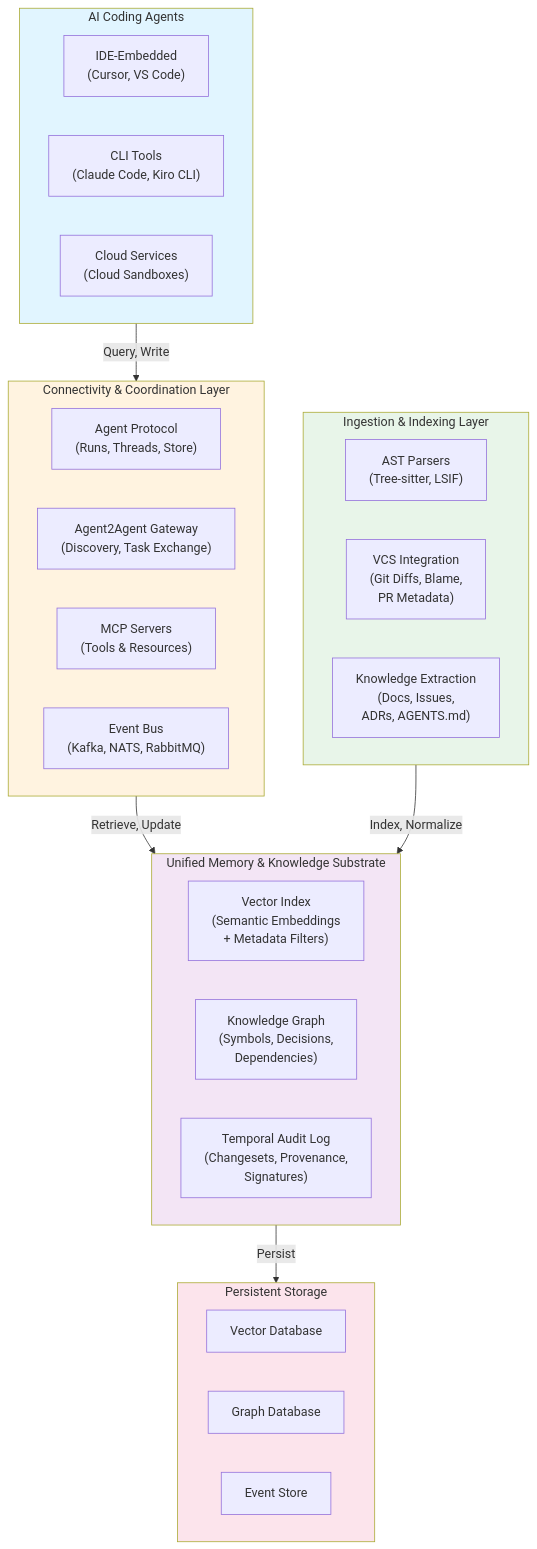
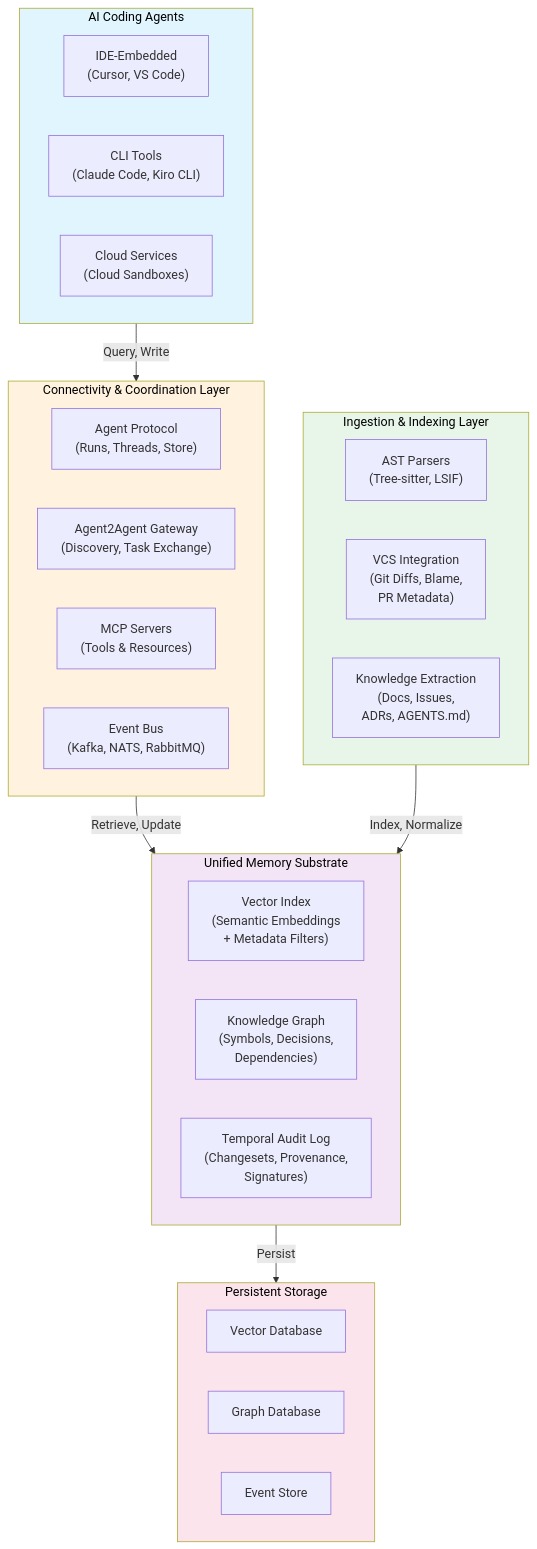
One commit to Chillbruhhh/Agentic-Coding-Memory changed the first of 7 diagrams in Unified_Agentic_Memory_White_Paper-Detail.md. Above: the diagram before and after it, drawn with Mermaid. The commit also changed other lines of this file, not shown here.

Commit message:
Remove roadmap times and fix Mermaid diagrams

````diff
--- a/Unified_Agentic_Memory_White_Paper-Detail.md
+++ b/Unified_Agentic_Memory_White_Paper-Detail.md
@@ -53,44 +53,44 @@
 ```mermaid
 graph TB
     subgraph Agents["AI Coding Agents"]
         A1["IDE-Embedded<br/>(Cursor, VS Code)"]
         A2["CLI Tools<br/>(Claude Code, Kiro CLI)"]
         A3["Cloud Services<br/>(Cloud Sandboxes)"]
     end
     
     subgraph Connect["Connectivity & Coordination Layer"]
         AP["Agent Protocol<br/>(Runs, Threads, Store)"]
         A2A["Agent2Agent Gateway<br/>(Discovery, Task Exchange)"]
         MCP["MCP Servers<br/>(Tools & Resources)"]
         BUS["Event Bus<br/>(Kafka, NATS, RabbitMQ)"]
     end
     
-    subgraph Mem["Unified Memory & Knowledge Substrate"]
+    subgraph Mem["Unified Memory Substrate"]
         VEC["Vector Index<br/>(Semantic Embeddings<br/>+ Metadata Filters)"]
         GRA["Knowledge Graph<br/>(Symbols, Decisions,<br/>Dependencies)"]
         AUD["Temporal Audit Log<br/>(Changesets, Provenance,<br/>Signatures)"]
     end
     
     subgraph Ingest["Ingestion & Indexing Layer"]
         TS["AST Parsers<br/>(Tree-sitter, LSIF)"]
         DIFF["VCS Integration<br/>(Git Diffs, Blame,<br/>PR Metadata)"]
         DOC["Knowledge Extraction<br/>(Docs, Issues,<br/>ADRs, AGENTS.md)"]
     end
     
     subgraph Storage["Persistent Storage"]
         VECDB["Vector Database"]
         GRAPHDB["Graph Database"]
         AUDITDB["Event Store"]
     end
     
     Agents -->|Query, Write| Connect
     Connect -->|Retrieve, Update| Mem
     Ingest -->|Index, Normalize| Mem
     Mem -->|Persist| Storage
     
-    style Agents fill:#e1f5ff
-    style Connect fill:#fff3e0
-    style Mem fill:#f3e5f5
-    style Ingest fill:#e8f5e9
-    style Storage fill:#fce4ec
+    style Agents fill:#e1f5ff,color:black
+    style Connect fill:#fff3e0,color:black
+    style Mem fill:#f3e5f5,color:black
+    style Ingest fill:#e8f5e9,color:black
+    style Storage fill:#fce4ec,color:black
 ```
````
